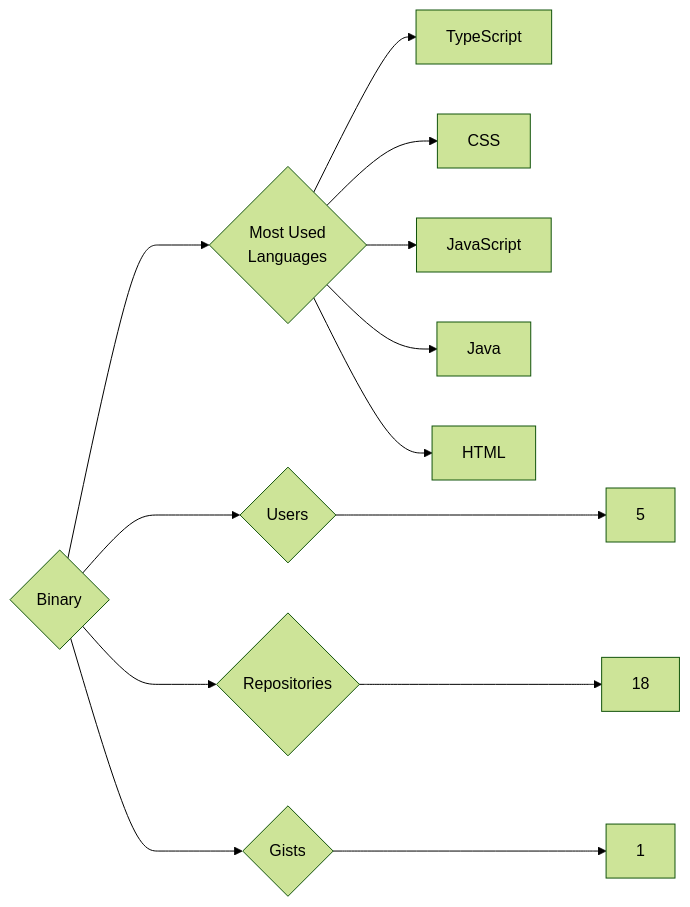
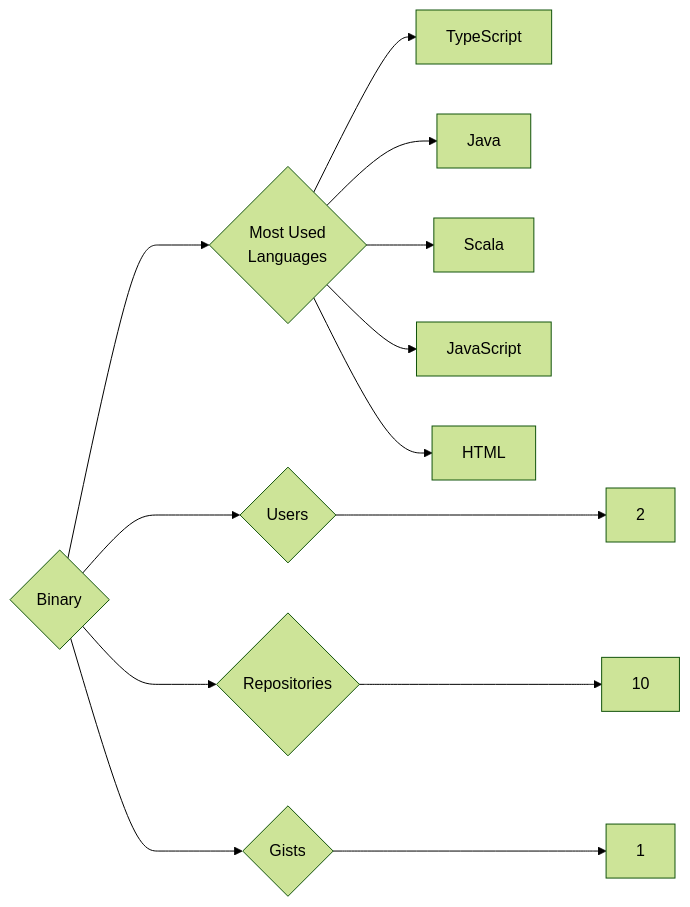
The diagram in targets/Binary/README.md (trickest/insiders), drawn with Mermaid (forest theme) before and after one commit. The commit also changed 721 other files, not shown here.

````diff
--- a/targets/Binary/README.md
+++ b/targets/Binary/README.md
@@ -3,13 +3,13 @@
 ```mermaid
 graph LR
 COMPANY_NAME{Binary}
-COMPANY_NAME ---> U{Users} ---> UN[5]
-COMPANY_NAME ---> R{Repositories} ---> RN[18]
+COMPANY_NAME ---> U{Users} ---> UN[2]
+COMPANY_NAME ---> R{Repositories} ---> RN[10]
 COMPANY_NAME ---> G{Gists} ---> GN[1]
 COMPANY_NAME ---> ML{Most Used<br>Languages}
 ML --> TypeScript[TypeScript]
-ML --> CSS[CSS]
+ML --> Java[Java]
+ML --> Scala[Scala]
 ML --> JavaScript[JavaScript]
-ML --> Java[Java]
 ML --> HTML[HTML]
 ```
````
